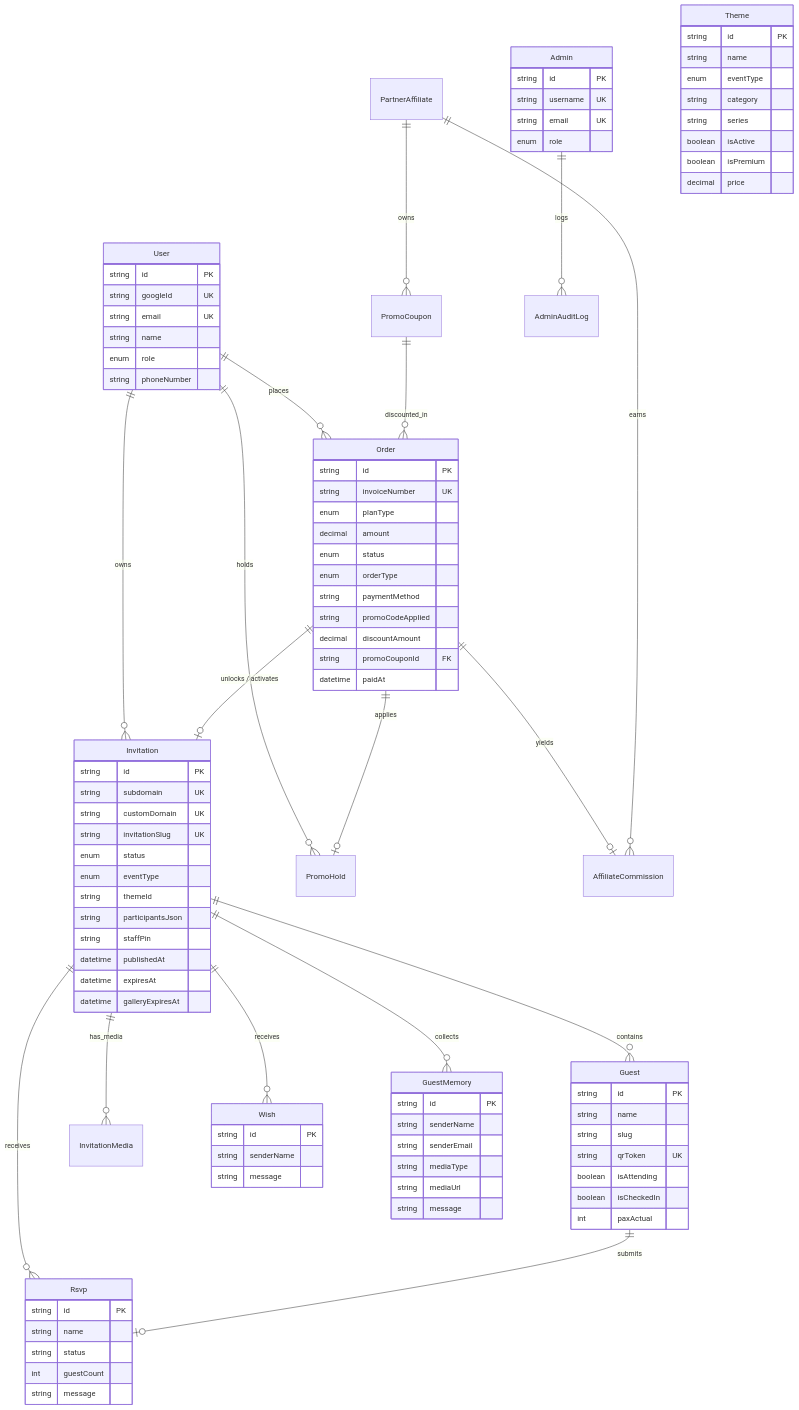
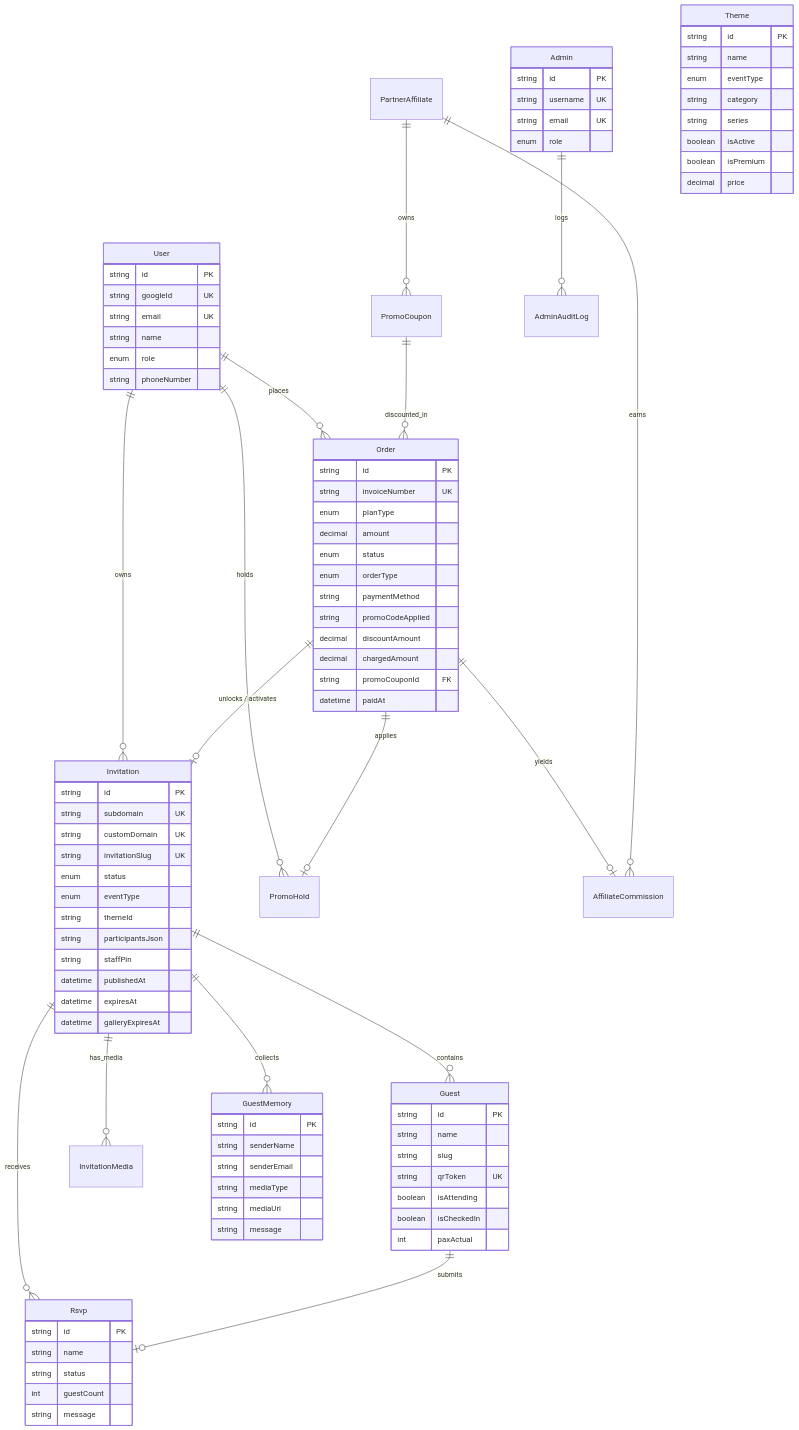
One commit to armansyam/luxenary-invite changed the first of 3 diagrams in docs/DATABASE_SCHEMA_DAN_RELASI.md. Above: the diagram before and after it, drawn with Mermaid. The commit also changed other lines of this file and 14 other files, not shown here.

```diff
--- a/docs/DATABASE_SCHEMA_DAN_RELASI.md
+++ b/docs/DATABASE_SCHEMA_DAN_RELASI.md
@@ -21,7 +21,6 @@
     Invitation ||--o{ Guest : "contains"
     Invitation ||--o{ InvitationMedia : "has_media"
     Invitation ||--o{ Rsvp : "receives"
-    Invitation ||--o{ Wish : "receives"
     Invitation ||--o{ GuestMemory : "collects"
     Guest ||--o| Rsvp : "submits"
     Admin ||--o{ AdminAuditLog : "logs"
@@ -45,6 +44,7 @@
         string paymentMethod
         string promoCodeApplied
         decimal discountAmount
+        decimal chargedAmount
         string promoCouponId FK
         datetime paidAt
     }
@@ -93,12 +93,6 @@
         string message
     }
 
-    Wish {
-        string id PK
-        string senderName
-        string message
-    }
-
     GuestMemory {
         string id PK
         string senderName
```
